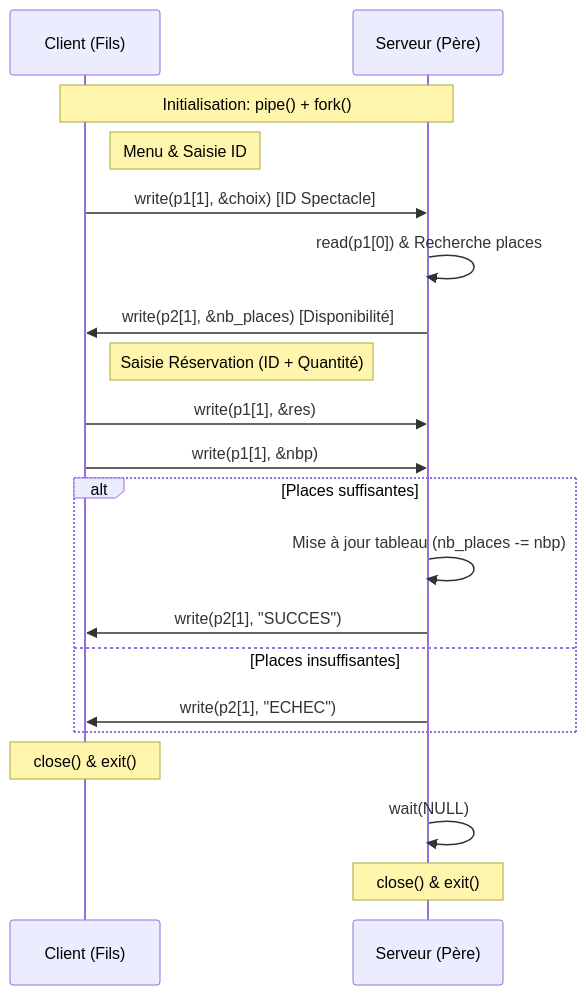
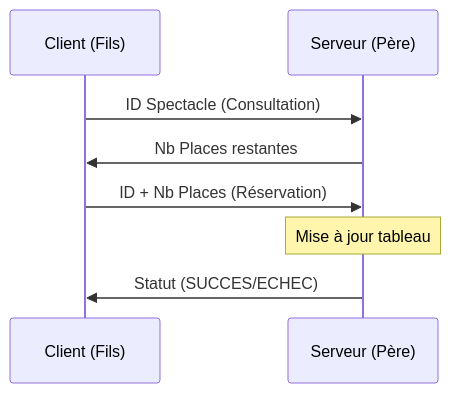
Before and after one commit to laize-loucia/movie_booking: the third of 4 diagrams in README.md, drawn with Mermaid.

````diff
--- a/README.md
+++ b/README.md
@@ -63,28 +63,11 @@
 ```mermaid
 
 sequenceDiagram
     participant C as Client (Fils)
     participant S as Serveur (Père)
-    
-    Note over C,S: Initialisation: pipe() + fork()
-    
-    Note right of C: Menu & Saisie ID
-    C->>S: write(p1[1], &choix) [ID Spectacle]
-    S->>S: read(p1[0]) & Recherche places
-    S->>C: write(p2[1], &nb_places) [Disponibilité]
-    
-    Note right of C: Saisie Réservation (ID + Quantité)
-    C->>S: write(p1[1], &res)
-    C->>S: write(p1[1], &nbp)
-    
-    alt Places suffisantes
-        S->>S: Mise à jour tableau (nb_places -= nbp)
-        S->>C: write(p2[1], "SUCCES")
-    else Places insuffisantes
-        S->>C: write(p2[1], "ECHEC")
-    end
-    
-    Note over C: close() & exit()
-    S->>S: wait(NULL)
-    Note over S: close() & exit()
+    C->>S: ID Spectacle (Consultation)
+    S->>C: Nb Places restantes
+    C->>S: ID + Nb Places (Réservation)
+    Note over S: Mise à jour tableau
+    S->>C: Statut (SUCCES/ECHEC)
 ```
````
